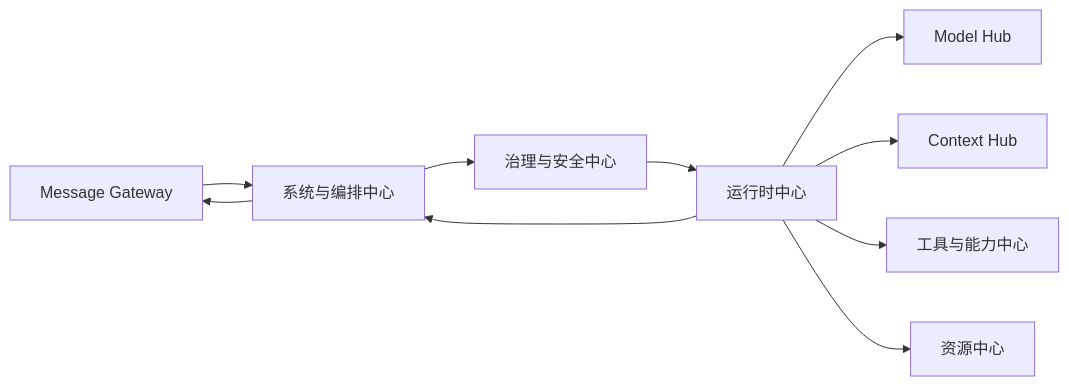
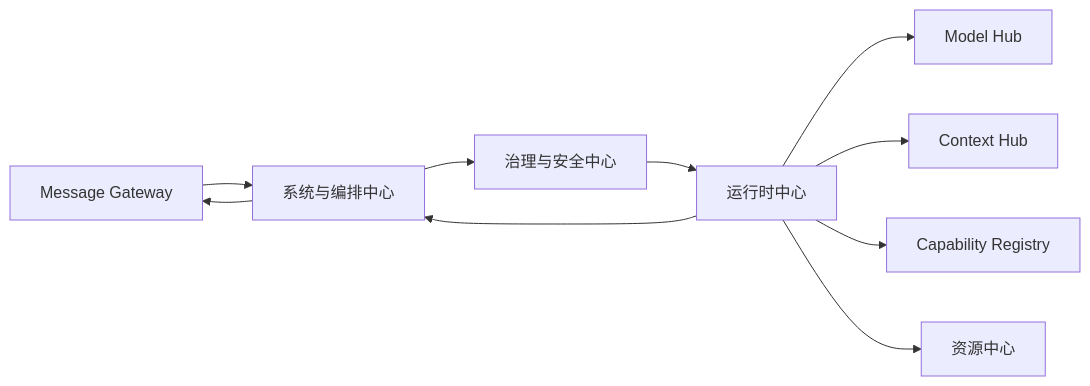
One commit to Quarkfan/QuarkFanTools changed the first of 4 diagrams in docs/platform-reference-matrix.md. Above: the diagram before and after it, drawn with Mermaid. The commit also changed other lines of this file and 11 other files, not shown here.

Commit message:
chore: add capability registry submodule

````diff
--- a/docs/platform-reference-matrix.md
+++ b/docs/platform-reference-matrix.md
@@ -870,12 +871,12 @@
 ```mermaid
 flowchart LR
     A[Message Gateway] --> B[系统与编排中心]
     B --> C[治理与安全中心]
     C --> D[运行时中心]
     D --> E[Model Hub]
     D --> F[Context Hub]
-    D --> G[工具与能力中心]
+    D --> G[Capability Registry]
     D --> H[资源中心]
     D --> B
     B --> A
 ```
````
